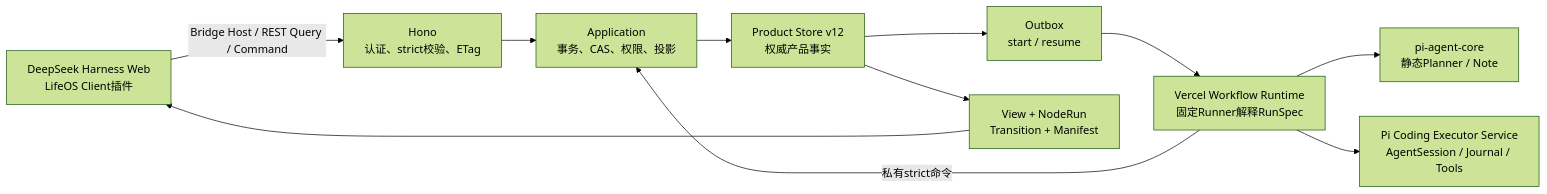
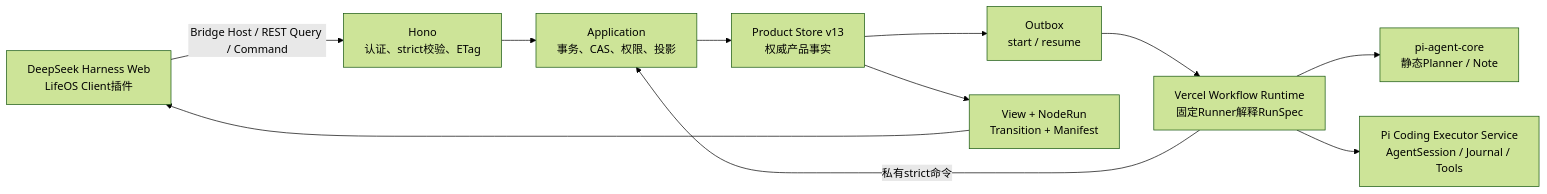
The diagram in docs/architecture/configurable-workflow-as-built.md (later-3/Chat), drawn with Mermaid (forest theme) before and after one commit. The commit also changed other lines of this file and 123 other files, not shown here.

````diff
--- a/docs/architecture/configurable-workflow-as-built.md
+++ b/docs/architecture/configurable-workflow-as-built.md
@@ -29,13 +29,13 @@
 ```mermaid
 flowchart LR
   UI["DeepSeek Harness Web\nLifeOS Client插件"] -->|"Bridge Host / REST Query / Command"| API["Hono\n认证、strict校验、ETag"]
   API --> APP["Application\n事务、CAS、权限、投影"]
-  APP --> STORE["Product Store v12\n权威产品事实"]
+  APP --> STORE["Product Store v13\n权威产品事实"]
   STORE --> OUTBOX["Outbox\nstart / resume"]
   OUTBOX --> RUNTIME["Vercel Workflow Runtime\n固定Runner解释RunSpec"]
   RUNTIME -->|"私有strict命令"| APP
   RUNTIME --> PI["pi-agent-core\n静态Planner / Note"]
   RUNTIME --> EXECUTOR["Pi Coding Executor Service\nAgentSession / Journal / Tools"]
   STORE --> VIEW["View + NodeRun\nTransition + Manifest"]
   VIEW --> UI
 ```
````
